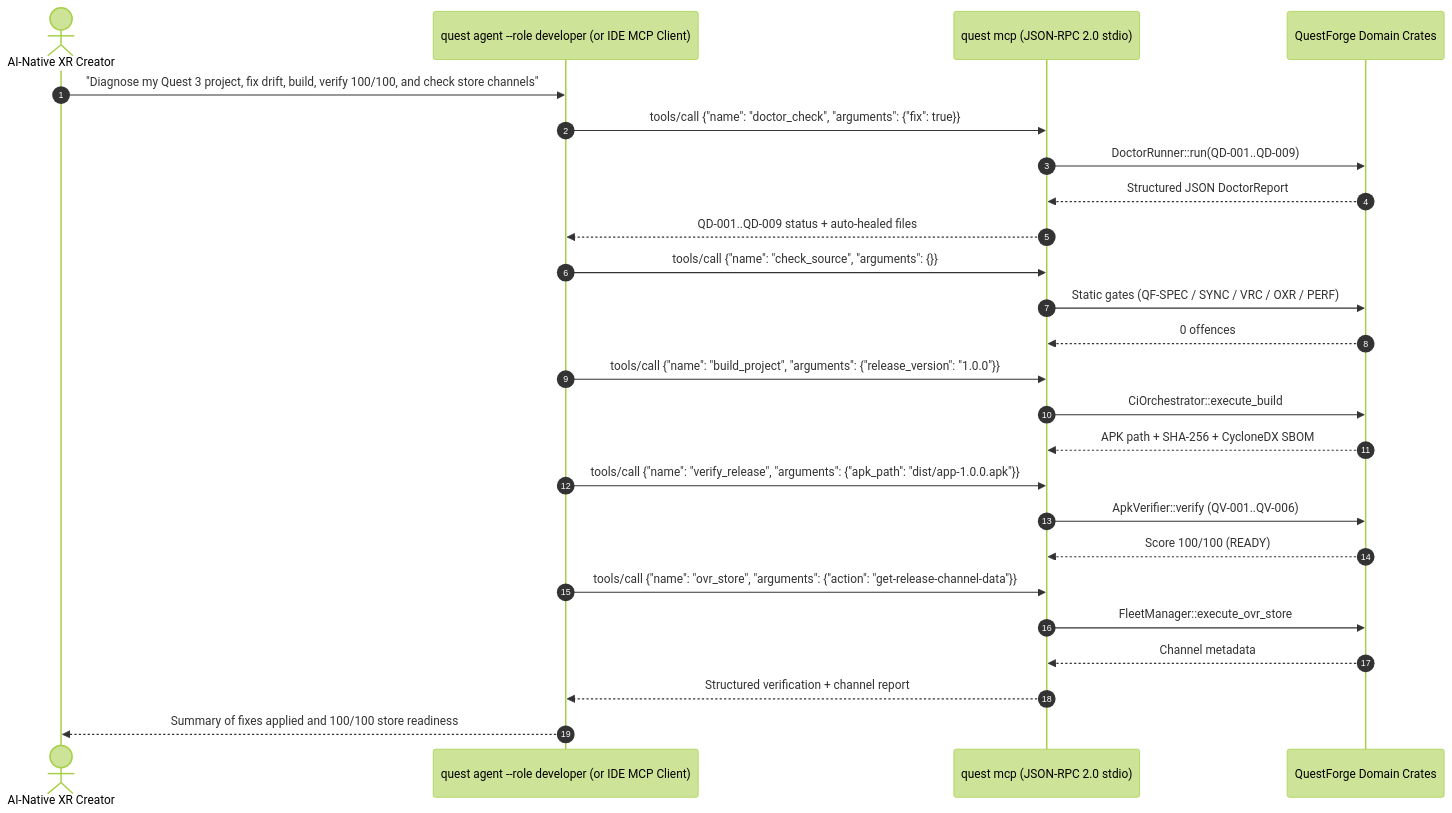
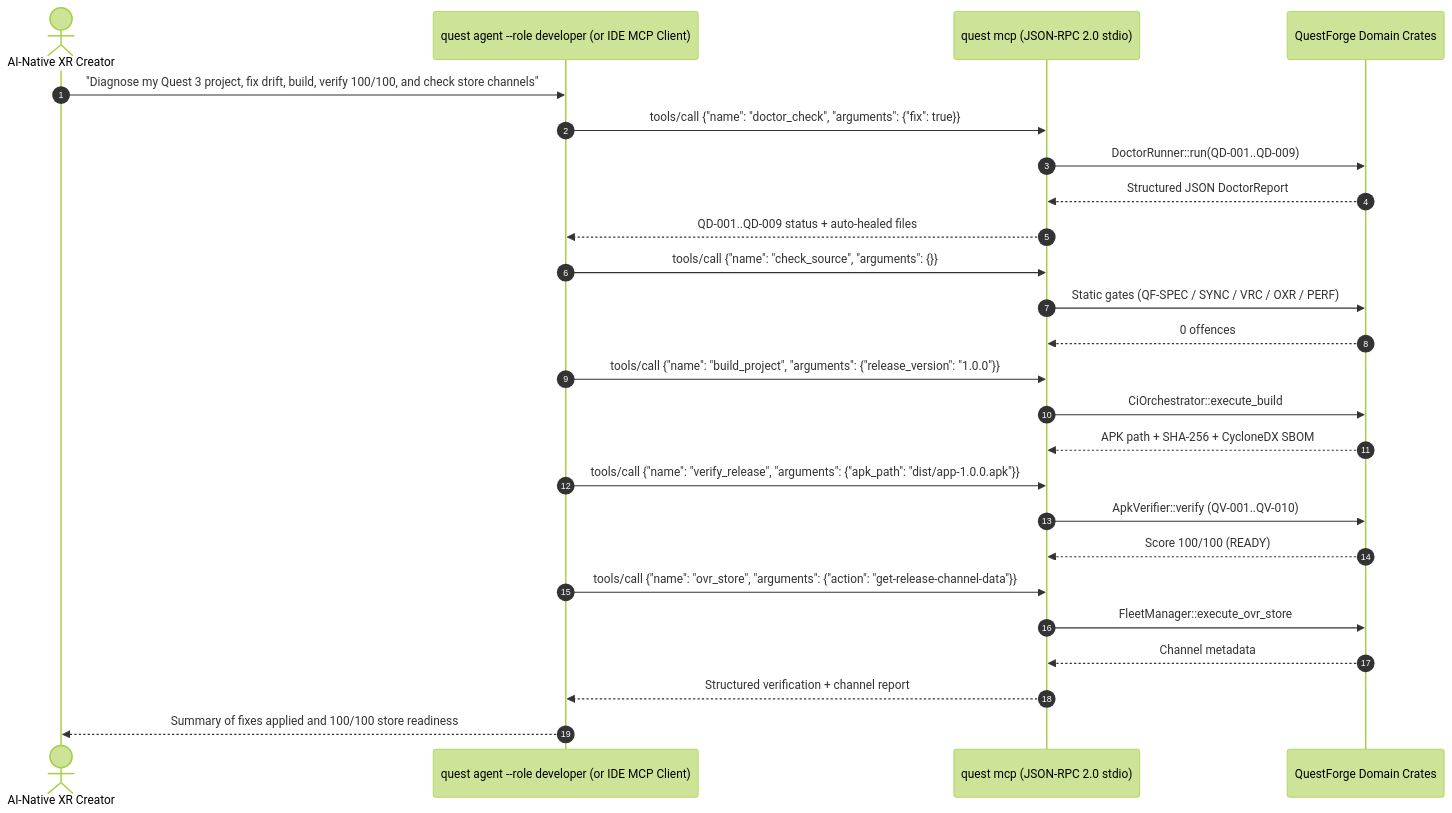
The first of 2 diagrams in docs/3-design/workflow/developer.md (sweengineeringlabs/questforge), drawn with Mermaid (forest theme) before and after one commit. The commit also changed other lines of this file and 15 other files, not shown here.

````diff
--- a/docs/3-design/workflow/developer.md
+++ b/docs/3-design/workflow/developer.md
@@ -18,28 +18,28 @@
 ```mermaid
 sequenceDiagram
     autonumber
     actor Dev as AI-Native XR Creator
     participant Agent as quest agent --role developer (or IDE MCP Client)
     participant MCP as quest mcp (JSON-RPC 2.0 stdio)
     participant Core as QuestForge Domain Crates
 
     Dev->>Agent: "Diagnose my Quest 3 project, fix drift, build, verify 100/100, and check store channels"
     Agent->>MCP: tools/call {"name": "doctor_check", "arguments": {"fix": true}}
     MCP->>Core: DoctorRunner::run(QD-001..QD-009)
     Core-->>MCP: Structured JSON DoctorReport
     MCP-->>Agent: QD-001..QD-009 status + auto-healed files
     Agent->>MCP: tools/call {"name": "check_source", "arguments": {}}
     MCP->>Core: Static gates (QF-SPEC / SYNC / VRC / OXR / PERF)
     Core-->>MCP: 0 offences
     Agent->>MCP: tools/call {"name": "build_project", "arguments": {"release_version": "1.0.0"}}
     MCP->>Core: CiOrchestrator::execute_build
     Core-->>MCP: APK path + SHA-256 + CycloneDX SBOM
     Agent->>MCP: tools/call {"name": "verify_release", "arguments": {"apk_path": "dist/app-1.0.0.apk"}}
-    MCP->>Core: ApkVerifier::verify (QV-001..QV-006)
+    MCP->>Core: ApkVerifier::verify (QV-001..QV-010)
     Core-->>MCP: Score 100/100 (READY)
     Agent->>MCP: tools/call {"name": "ovr_store", "arguments": {"action": "get-release-channel-data"}}
     MCP->>Core: FleetManager::execute_ovr_store
     Core-->>MCP: Channel metadata
     MCP-->>Agent: Structured verification + channel report
     Agent-->>Dev: Summary of fixes applied and 100/100 store readiness
 ```
````
